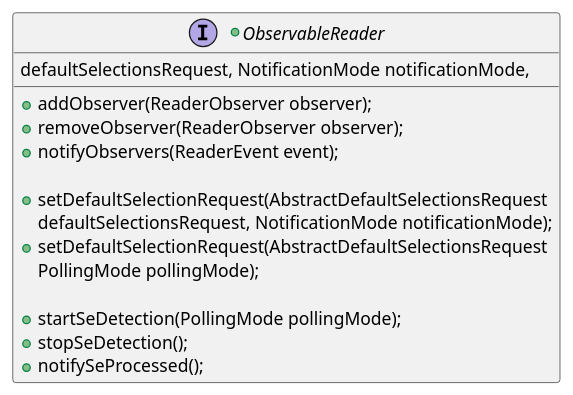
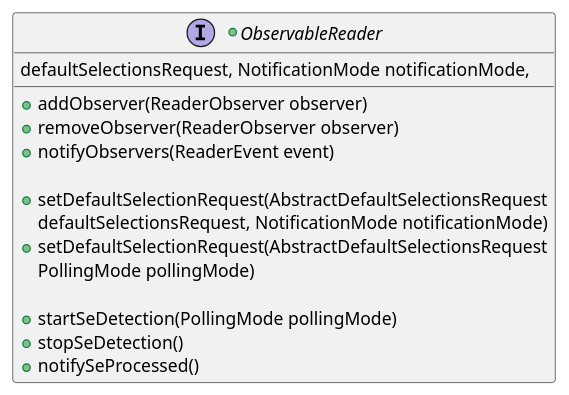
One commit to calypsonet/keyple changed diagram 26 of 39 in src/KeypleCoreApi/ApplicationApi/puml/KeypleCore-ApplicationApi-ClassDiag-SE_Proxy-ClassElements.iuml. Above: the diagram before and after it, drawn with PlantUML. The commit also changed other lines of this file and 19 other files, not shown here.

```diff
--- a/src/KeypleCoreApi/ApplicationApi/puml/KeypleCore-ApplicationApi-ClassDiag-SE_Proxy-ClassElements.iuml
+++ b/src/KeypleCoreApi/ApplicationApi/puml/KeypleCore-ApplicationApi-ClassDiag-SE_Proxy-ClassElements.iuml
@@ -281,17 +281,17 @@
 @startuml(id=SEPROXY_OBSERVABLEREADER_0_8)
 +interface ObservableReader {
-  +addObserver(ReaderObserver observer);
-  +removeObserver(ReaderObserver observer);
-  +notifyObservers(ReaderEvent event);
+  +addObserver(ReaderObserver observer)
+  +removeObserver(ReaderObserver observer)
+  +notifyObservers(ReaderEvent event)
 
   +setDefaultSelectionRequest(AbstractDefaultSelectionsRequest
-    defaultSelectionsRequest, NotificationMode notificationMode);
+    defaultSelectionsRequest, NotificationMode notificationMode)
   +setDefaultSelectionRequest(AbstractDefaultSelectionsRequest
     defaultSelectionsRequest, NotificationMode notificationMode,
-    PollingMode pollingMode);
+    PollingMode pollingMode)
 
-  +startSeDetection(PollingMode pollingMode);
-  +stopSeDetection();
-  +notifySeProcessed();
+  +startSeDetection(PollingMode pollingMode)
+  +stopSeDetection()
+  +notifySeProcessed()
 }
 @enduml
```
